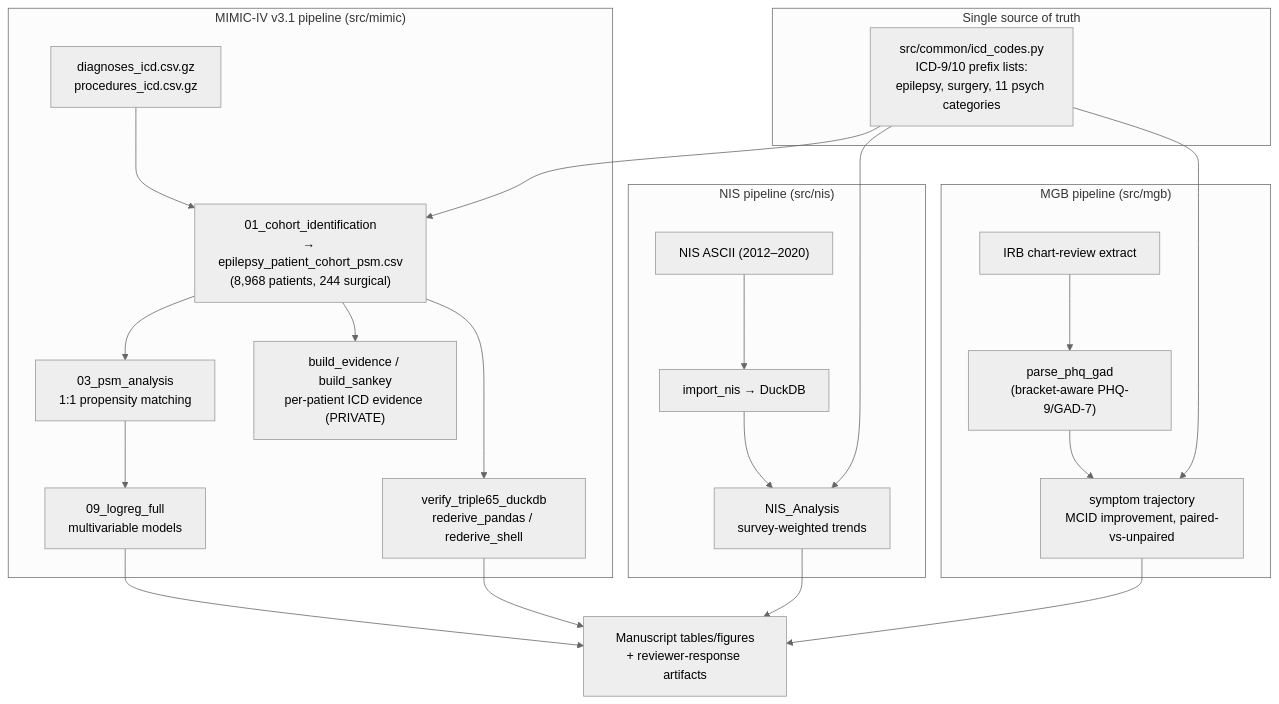
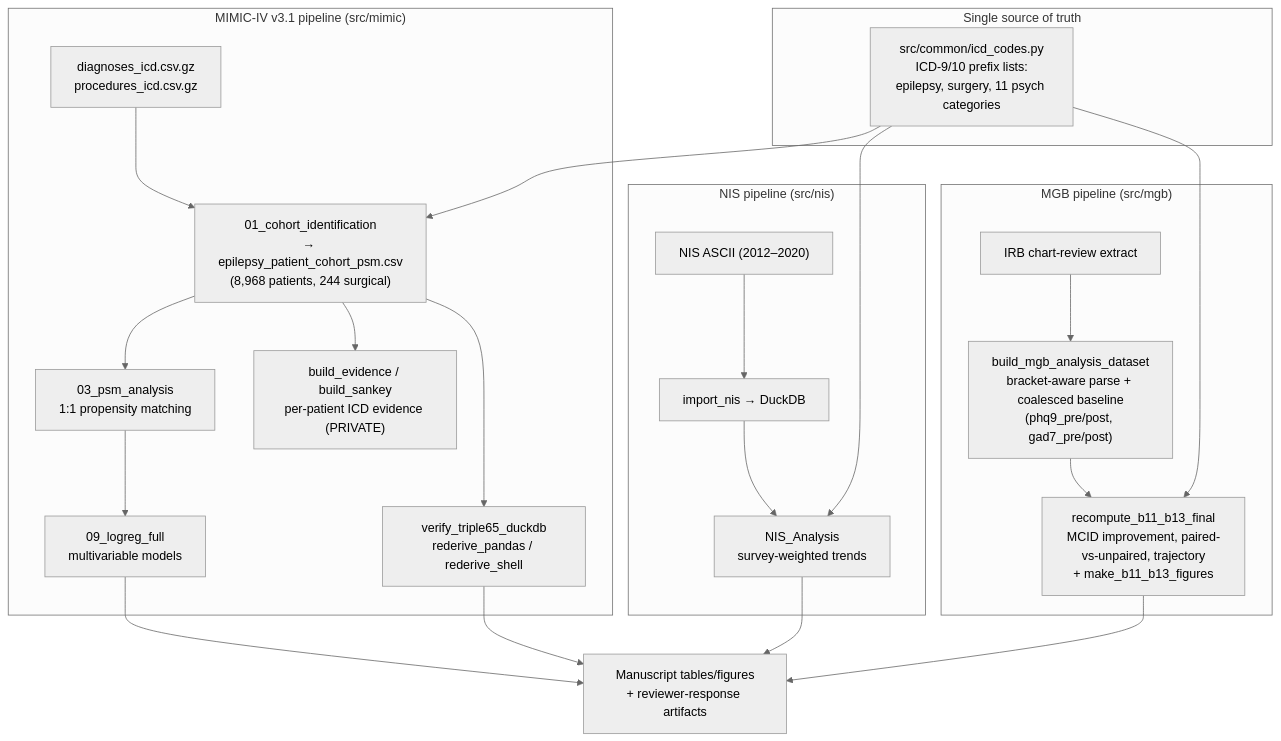
The diagram in docs/architecture.md (nielspac177/epilepsy-psych-comorbidity), drawn with Mermaid (neutral theme) before and after one commit. The commit also changed 2 other files, not shown here.

Commit message:
Docs: add internals-book chapter on the MGB symptom analysis; update README/architecture for the new MGB scripts

````diff
--- a/docs/architecture.md
+++ b/docs/architecture.md
@@ -8,41 +8,41 @@
 ```mermaid
 flowchart TD
     subgraph CODES["Single source of truth"]
         ICD["src/common/icd_codes.py<br/>ICD-9/10 prefix lists:<br/>epilepsy, surgery, 11 psych categories"]
     end
 
     subgraph MIMIC["MIMIC-IV v3.1 pipeline (src/mimic)"]
         M1["diagnoses_icd.csv.gz<br/>procedures_icd.csv.gz"]
         M2["01_cohort_identification<br/>→ epilepsy_patient_cohort_psm.csv<br/>(8,968 patients, 244 surgical)"]
         M3["03_psm_analysis<br/>1:1 propensity matching"]
         M4["09_logreg_full<br/>multivariable models"]
         M5["build_evidence / build_sankey<br/>per-patient ICD evidence (PRIVATE)"]
         M6["verify_triple65_duckdb<br/>rederive_pandas / rederive_shell"]
         M1 --> M2 --> M3 --> M4
         M2 --> M5
         M2 --> M6
     end
 
     subgraph NIS["NIS pipeline (src/nis)"]
         N1["NIS ASCII (2012–2020)"]
         N2["import_nis → DuckDB"]
         N3["NIS_Analysis<br/>survey-weighted trends"]
         N1 --> N2 --> N3
     end
 
     subgraph MGB["MGB pipeline (src/mgb)"]
         G1["IRB chart-review extract"]
-        G2["parse_phq_gad<br/>(bracket-aware PHQ-9/GAD-7)"]
-        G3["symptom trajectory<br/>MCID improvement, paired-vs-unpaired"]
+        G2["build_mgb_analysis_dataset<br/>bracket-aware parse + coalesced baseline<br/>(phq9_pre/post, gad7_pre/post)"]
+        G3["recompute_b11_b13_final<br/>MCID improvement, paired-vs-unpaired, trajectory<br/>+ make_b11_b13_figures"]
         G1 --> G2 --> G3
     end
 
     ICD --> M2
     ICD --> N3
     ICD --> G3
 
     M4 --> R["Manuscript tables/figures<br/>+ reviewer-response artifacts"]
     N3 --> R
     G3 --> R
     M6 --> R
 ```
````
